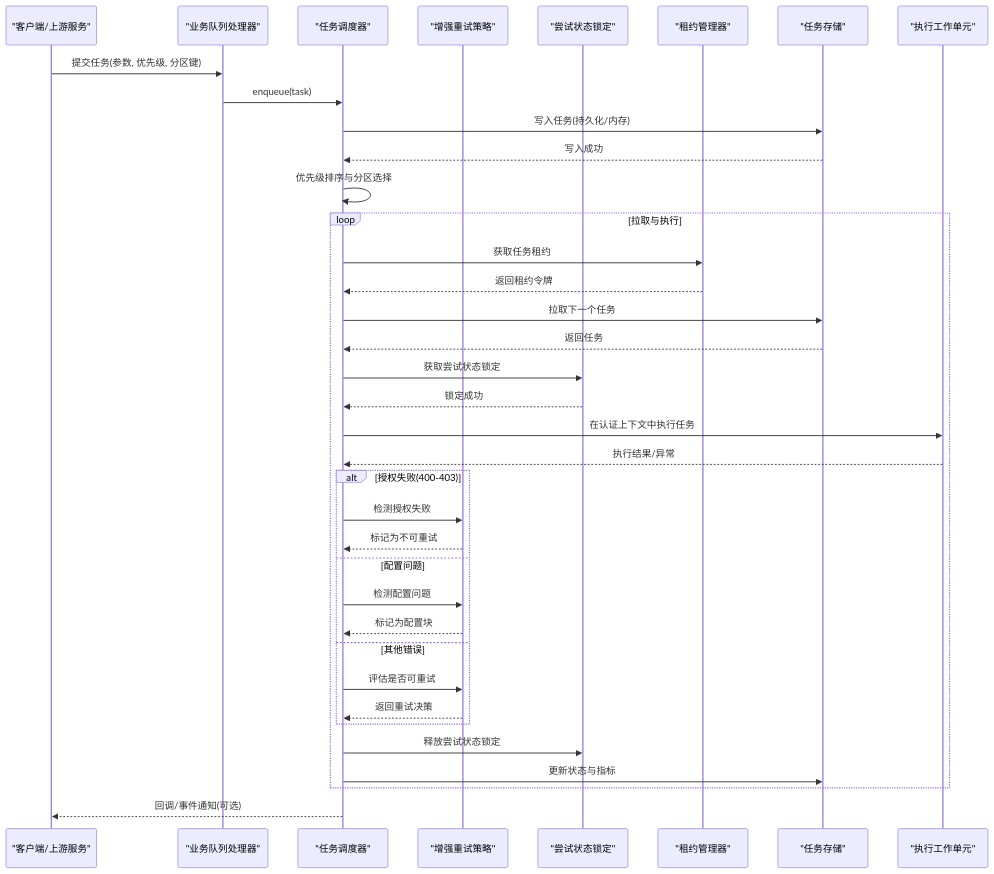
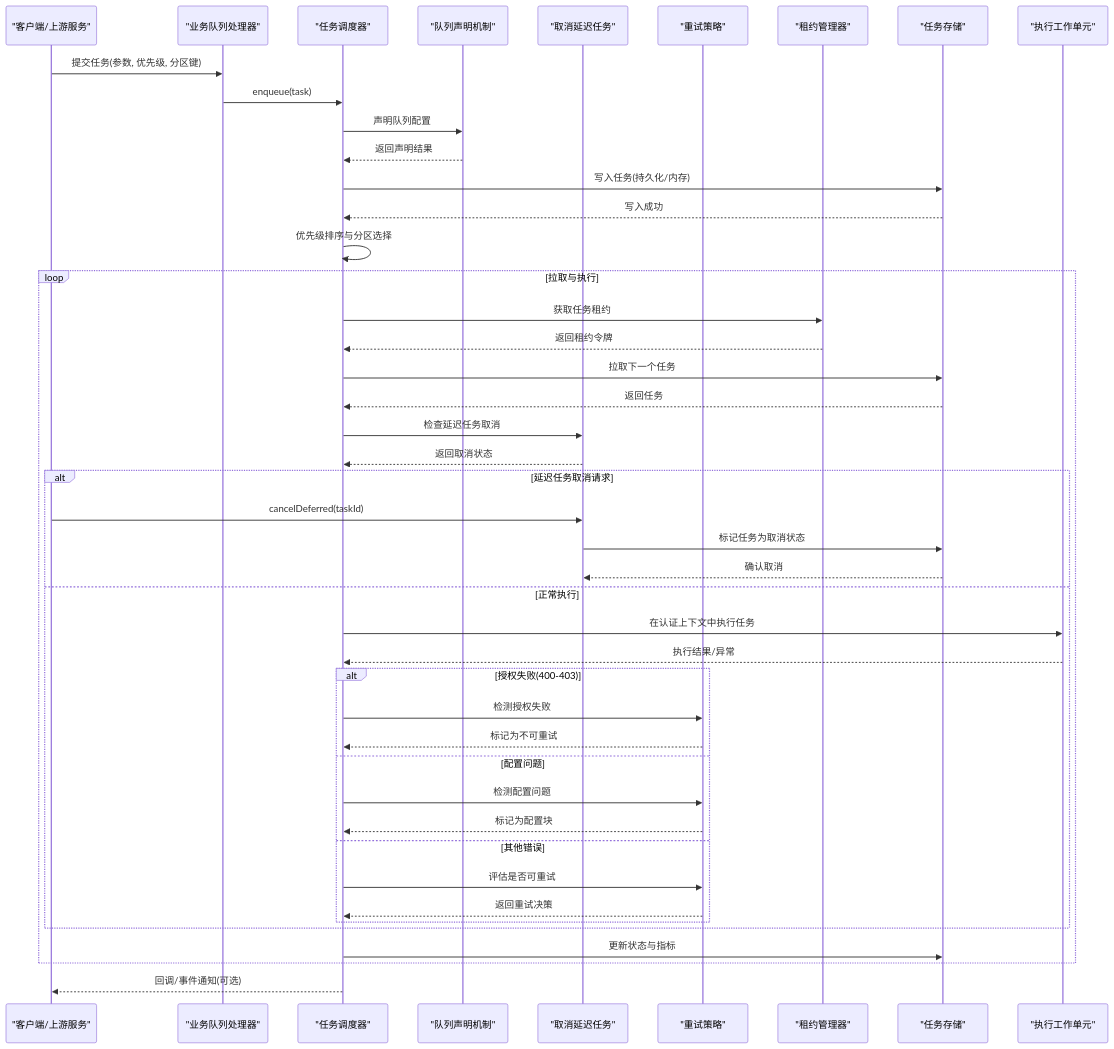
The second of 4 diagrams in .qoder/repowiki/zh/content/后端架构/任务处理/作业队列系统.md (scottcwy/PurpleInk), drawn with Mermaid before and after one commit. The commit also changed other lines of this file and 23 other files, not shown here.

````diff
--- a/.qoder/repowiki/zh/content/后端架构/任务处理/作业队列系统.md
+++ b/.qoder/repowiki/zh/content/后端架构/任务处理/作业队列系统.md
@@ -144,39 +153,47 @@
 ```mermaid
 sequenceDiagram
 participant Client as "客户端/上游服务"
 participant Handler as "业务队列处理器"
 participant Runner as "任务调度器"
-participant RetryPolicy as "增强重试策略"
-participant AttemptLock as "尝试状态锁定"
+participant QueueClaim as "队列声明机制"
+participant CancelDeferred as "取消延迟任务"
+participant RetryPolicy as "重试策略"
 participant Lease as "租约管理器"
 participant Store as "任务存储"
 participant Worker as "执行工作单元"
 Client->>Handler : 提交任务(参数, 优先级, 分区键)
 Handler->>Runner : enqueue(task)
+Runner->>QueueClaim : 声明队列配置
+QueueClaim-->>Runner : 返回声明结果
 Runner->>Store : 写入任务(持久化/内存)
 Store-->>Runner : 写入成功
 Runner->>Runner : 优先级排序与分区选择
 loop 拉取与执行
 Runner->>Lease : 获取任务租约
 Lease-->>Runner : 返回租约令牌
 Runner->>Store : 拉取下一个任务
 Store-->>Runner : 返回任务
-Runner->>AttemptLock : 获取尝试状态锁定
-AttemptLock-->>Runner : 锁定成功
+Runner->>CancelDeferred : 检查延迟任务取消
+CancelDeferred-->>Runner : 返回取消状态
+alt 延迟任务取消请求
+Client->>CancelDeferred : cancelDeferred(taskId)
+CancelDeferred->>Store : 标记任务为取消状态
+Store-->>CancelDeferred : 确认取消
+else 正常执行
 Runner->>Worker : 在认证上下文中执行任务
 Worker-->>Runner : 执行结果/异常
 alt 授权失败(400-403)
 Runner->>RetryPolicy : 检测授权失败
 RetryPolicy-->>Runner : 标记为不可重试
 else 配置问题
 Runner->>RetryPolicy : 检测配置问题
 RetryPolicy-->>Runner : 标记为配置块
 else 其他错误
 Runner->>RetryPolicy : 评估是否可重试
 RetryPolicy-->>Runner : 返回重试决策
 end
-Runner->>AttemptLock : 释放尝试状态锁定
+end
 Runner->>Store : 更新状态与指标
 end
 Runner-->>Client : 回调/事件通知(可选)
 ```
````
